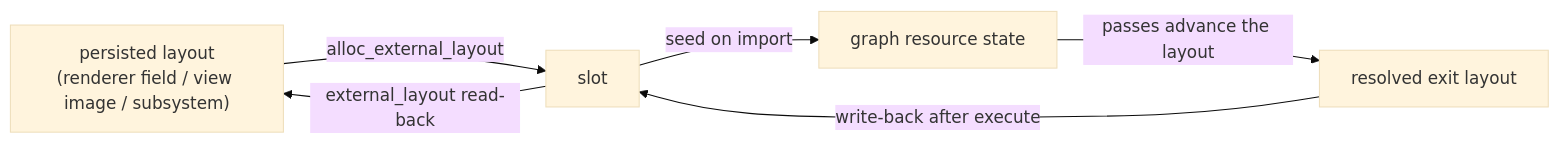
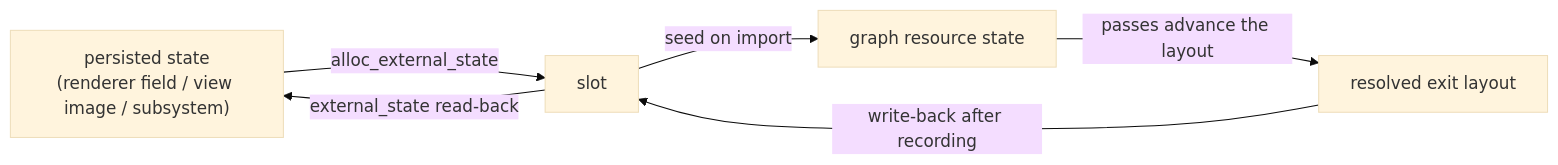
The diagram in docs/content/explanations/frame-and-render-graph/cross-frame-layouts.md (saffronjam/SaffronEngine), drawn with Mermaid (base theme) before and after one commit. The commit also changed other lines of this file and 3 other files, not shown here.

First line of the commit message:
docs: update the graph limits, layouts, and telemetry pages

````diff
--- a/docs/content/explanations/frame-and-render-graph/cross-frame-layouts.md
+++ b/docs/content/explanations/frame-and-render-graph/cross-frame-layouts.md
@@ -60,8 +57,8 @@
 ```mermaid
 flowchart LR
-    A["persisted layout<br/>(renderer field / view image / subsystem)"] -->|alloc_external_layout| B["slot"]
+    A["persisted state<br/>(renderer field / view image / subsystem)"] -->|alloc_external_state| B["slot"]
     B -->|seed on import| C[graph resource state]
     C -->|passes advance the layout| D[resolved exit layout]
-    D -->|write-back after execute| B
-    B -->|external_layout read-back| A
+    D -->|write-back after recording| B
+    B -->|external_state read-back| A
 ```
````
